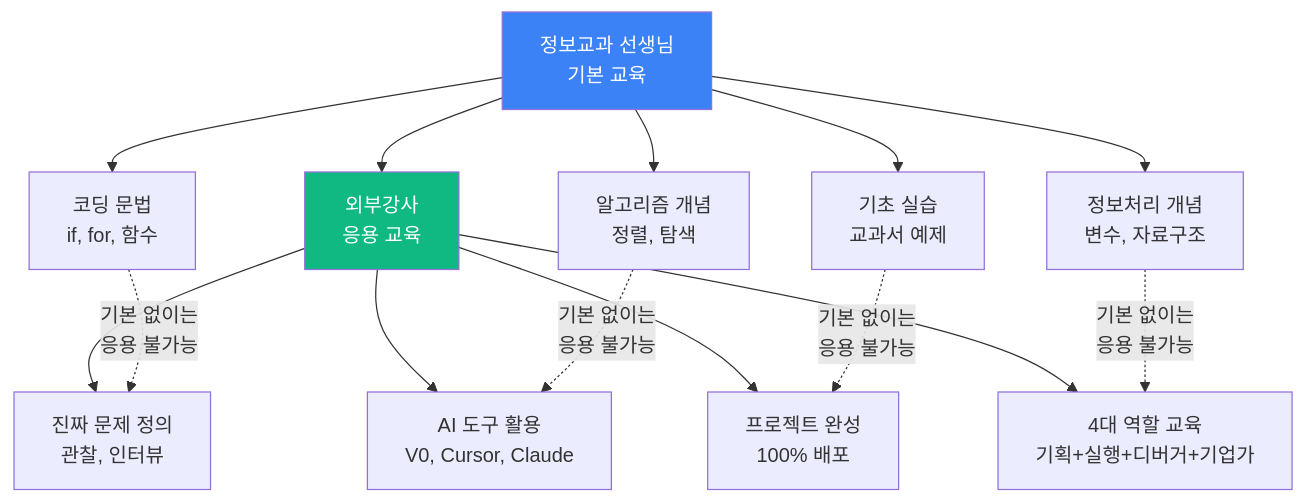
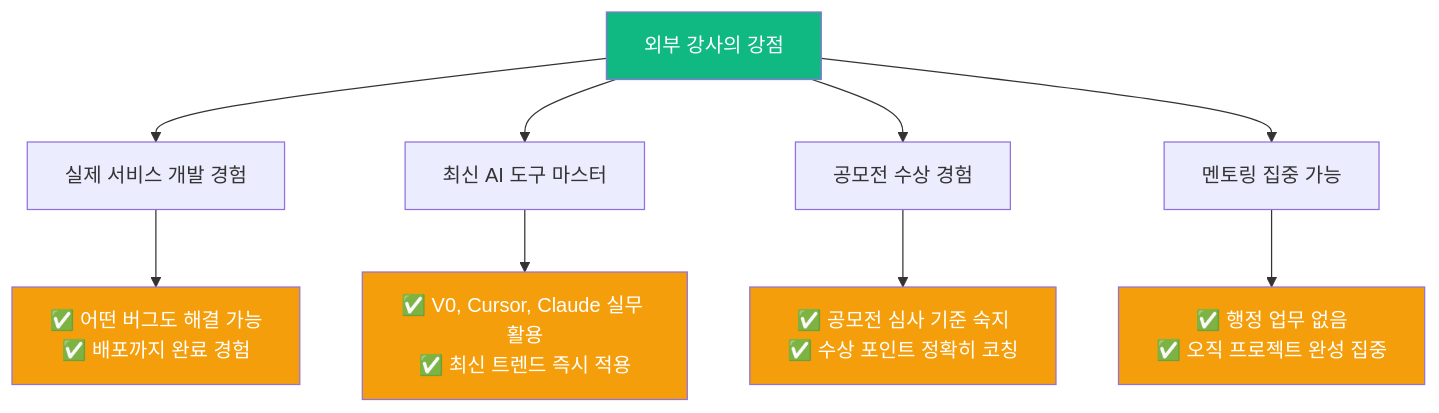
Before and after one commit to Collegenie-X/AIMakerLab_Web: the third of 37 diagrams in documents/외부강사_특화_교육_프로그램.md, drawn with Mermaid. The commit also changed other lines of this file, not shown here.

````diff
--- a/documents/외부강사_특화_교육_프로그램.md
+++ b/documents/외부강사_특화_교육_프로그램.md
@@ -36,22 +94,18 @@
 ```mermaid
 graph TB
-    A[정보교과 선생님<br/>기본 교육] --> B[외부강사<br/>응용 교육]
+    A[외부 강사의 강점] --> B[실제 서비스 개발 경험]
+    A --> C[최신 AI 도구 마스터]
+    A --> D[공모전 수상 경험]
+    A --> E[멘토링 집중 가능]
     
-    A --> A1[코딩 문법<br/>if, for, 함수]
-    A --> A2[알고리즘 개념<br/>정렬, 탐색]
-    A --> A3[기초 실습<br/>교과서 예제]
-    A --> A4[정보처리 개념<br/>변수, 자료구조]
+    B --> B1["✅ 어떤 버그도 해결 가능<br/>✅ 배포까지 완료 경험"]
+    C --> C1["✅ V0, Cursor, Claude 실무 활용<br/>✅ 최신 트렌드 즉시 적용"]
+    D --> D1["✅ 공모전 심사 기준 숙지<br/>✅ 수상 포인트 정확히 코칭"]
+    E --> E1["✅ 행정 업무 없음<br/>✅ 오직 프로젝트 완성 집중"]
     
-    B --> B1[진짜 문제 정의<br/>관찰, 인터뷰]
-    B --> B2[AI 도구 활용<br/>V0, Cursor, Claude]
-    B --> B3[프로젝트 완성<br/>100% 배포]
-    B --> B4[4대 역할 교육<br/>기획+실행+디버거+기업가]
-    
-    A1 -.기본 없이는<br/>응용 불가능.-> B1
-    A2 -.기본 없이는<br/>응용 불가능.-> B2
-    A3 -.기본 없이는<br/>응용 불가능.-> B3
-    A4 -.기본 없이는<br/>응용 불가능.-> B4
-    
-    style A fill:#3b82f6,color:#fff
-    style B fill:#10b981,color:#fff
+    style A fill:#10b981,color:#fff
+    style B1 fill:#f59e0b,color:#fff
+    style C1 fill:#f59e0b,color:#fff
+    style D1 fill:#f59e0b,color:#fff
+    style E1 fill:#f59e0b,color:#fff
 ```
````
